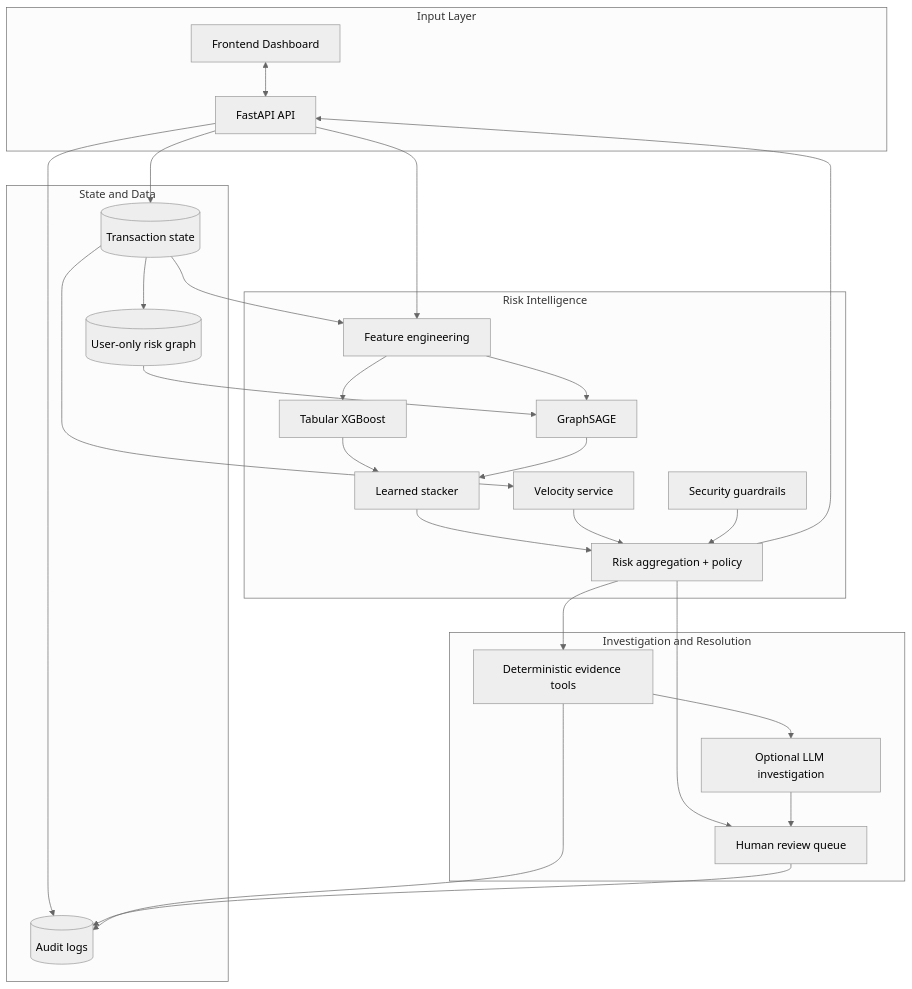
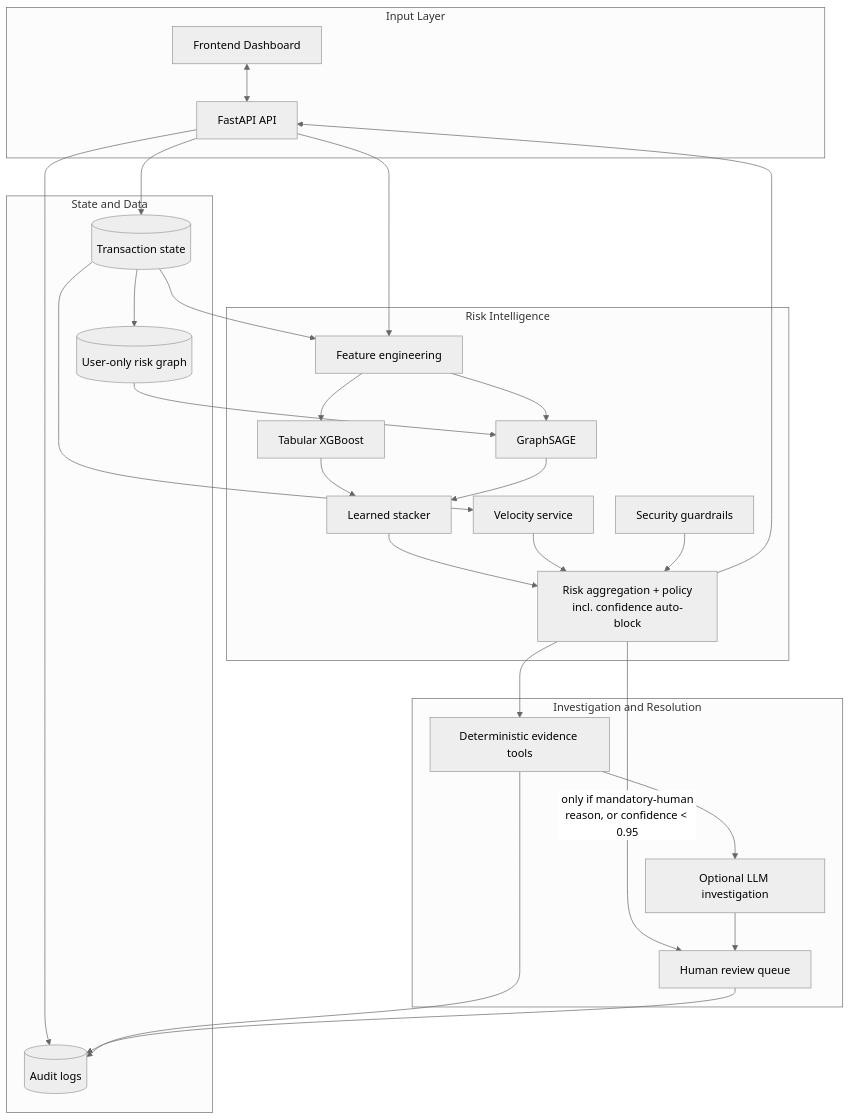
Before and after one commit to Dikshu015/RazorRisk-Agentic-AI-Payment-Fraud-Risk-Investigation-Platform: the ninth of 12 diagrams in README.md, drawn with Mermaid (neutral theme). The commit also changed other lines of this file and 1 other file, not shown here.

````diff
--- a/README.md
+++ b/README.md
@@ -250,52 +306,53 @@
 ```mermaid
+%%{init: {'flowchart': {'nodeSpacing': 32, 'rankSpacing': 55}}}%%
 flowchart TB
     subgraph Input[Input Layer]
         UI[Frontend Dashboard]
         API[FastAPI API]
     end
 
     subgraph State[State and Data]
         DB[(Transaction state)]
         GRAPH[(User-only risk graph)]
         AUDIT[(Audit logs)]
     end
 
     subgraph Intelligence[Risk Intelligence]
         FE[Feature engineering]
         TAB[Tabular XGBoost]
         GNN[GraphSAGE]
         STACK[Learned stacker]
         VEL[Velocity service]
         GUARD[Security guardrails]
-        POLICY[Risk aggregation + policy]
+        POLICY[Risk aggregation + policy<br/>incl. confidence auto-block]
     end
 
     subgraph Investigation[Investigation and Resolution]
         EVID[Deterministic evidence tools]
         LLM[Optional LLM investigation]
         HITL[Human review queue]
     end
 
     UI <--> API
     API --> FE
     API --> DB
     DB --> FE
     DB --> VEL
     DB --> GRAPH
     FE --> TAB
     FE --> GNN
     GRAPH --> GNN
     TAB --> STACK
     GNN --> STACK
     STACK --> POLICY
     VEL --> POLICY
     GUARD --> POLICY
     POLICY --> API
     POLICY --> EVID
-    POLICY --> HITL
+    POLICY -->|"only if mandatory-human<br/>reason, or confidence < 0.95"| HITL
     EVID --> LLM
     LLM --> HITL
     API --> AUDIT
     EVID --> AUDIT
     HITL --> AUDIT
 ```
````
